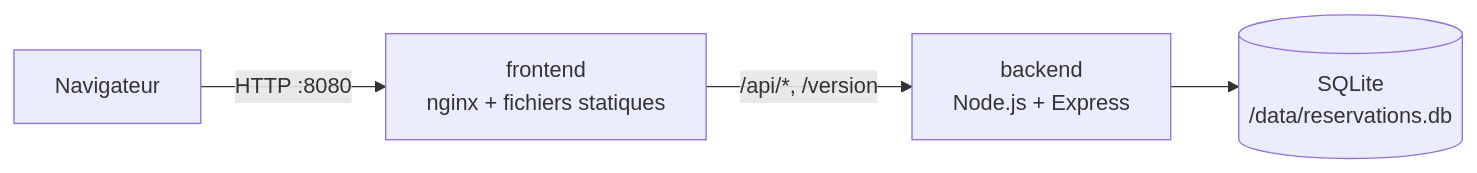
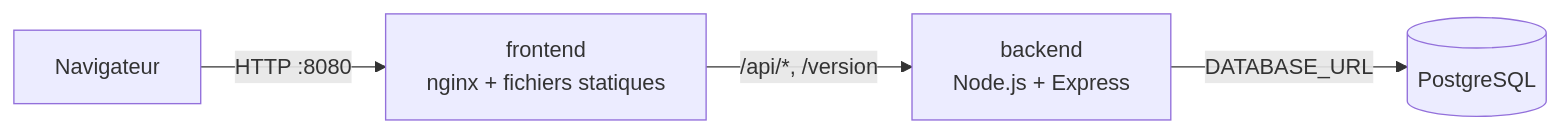
One commit to srgyayi-cloud/Formation_TP_Cloud_Orchestration changed the diagram in docs/01-architecture.md. Above: the diagram before and after it, drawn with Mermaid. The commit also changed other lines of this file and 19 other files, not shown here.

First line of the commit message:
Migration de SQLite vers PostgreSQL

````diff
--- a/docs/01-architecture.md
+++ b/docs/01-architecture.md
@@ -5,6 +5,6 @@
 ```mermaid
 flowchart LR
   U["Navigateur"] -->|"HTTP :8080"| F["frontend<br/>nginx + fichiers statiques"]
   F -->|"/api/*, /version"| B["backend<br/>Node.js + Express"]
-  B --> D[("SQLite<br/>/data/reservations.db")]
+  B -->|"DATABASE_URL"| D[("PostgreSQL")]
 ```
````
